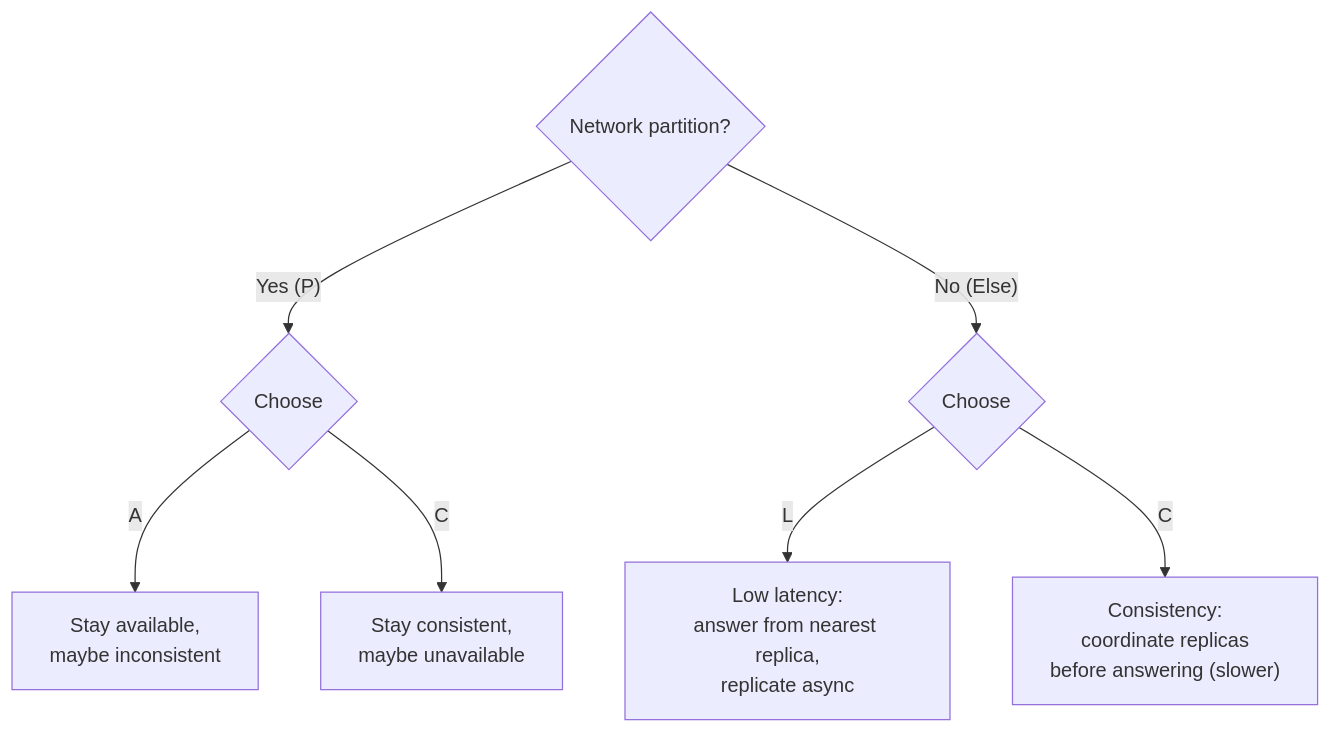
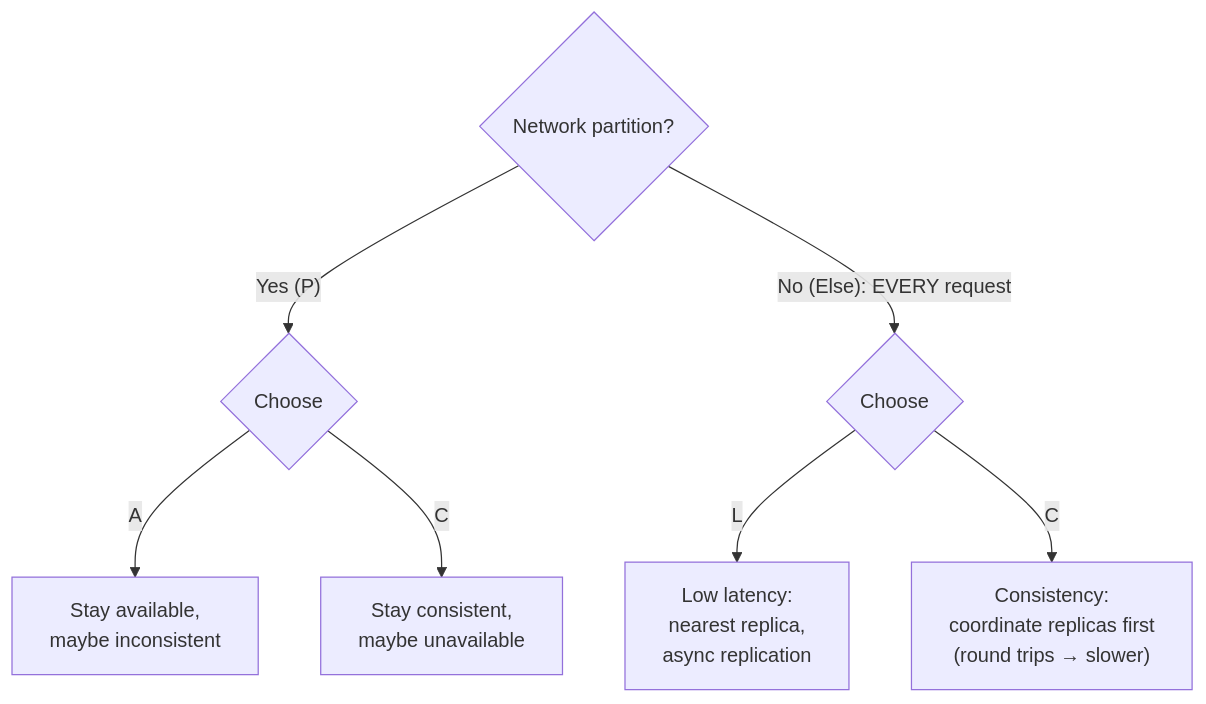
The diagram in phases/10-deep-internals/083-pacelc.md (winnyboy5/System-Design-from-Atoms), drawn with Mermaid before and after one commit. The commit also changed other lines of this file and 9 other files, not shown here.

````diff
--- a/phases/10-deep-internals/083-pacelc.md
+++ b/phases/10-deep-internals/083-pacelc.md
@@ -26,9 +38,9 @@
 ```mermaid
 flowchart TD
     Q{"Network partition?"} -->|"Yes (P)"| PA{"Choose"}
     PA -->|"A"| PA1["Stay available,<br/>maybe inconsistent"]
     PA -->|"C"| PC1["Stay consistent,<br/>maybe unavailable"]
-    Q -->|"No (Else)"| EL{"Choose"}
-    EL -->|"L"| EL1["Low latency:<br/>answer from nearest replica,<br/>replicate async"]
-    EL -->|"C"| EC1["Consistency:<br/>coordinate replicas<br/>before answering (slower)"]
+    Q -->|"No (Else): EVERY request"| EL{"Choose"}
+    EL -->|"L"| EL1["Low latency:<br/>nearest replica,<br/>async replication"]
+    EL -->|"C"| EC1["Consistency:<br/>coordinate replicas first<br/>(round trips → slower)"]
 ```
````
